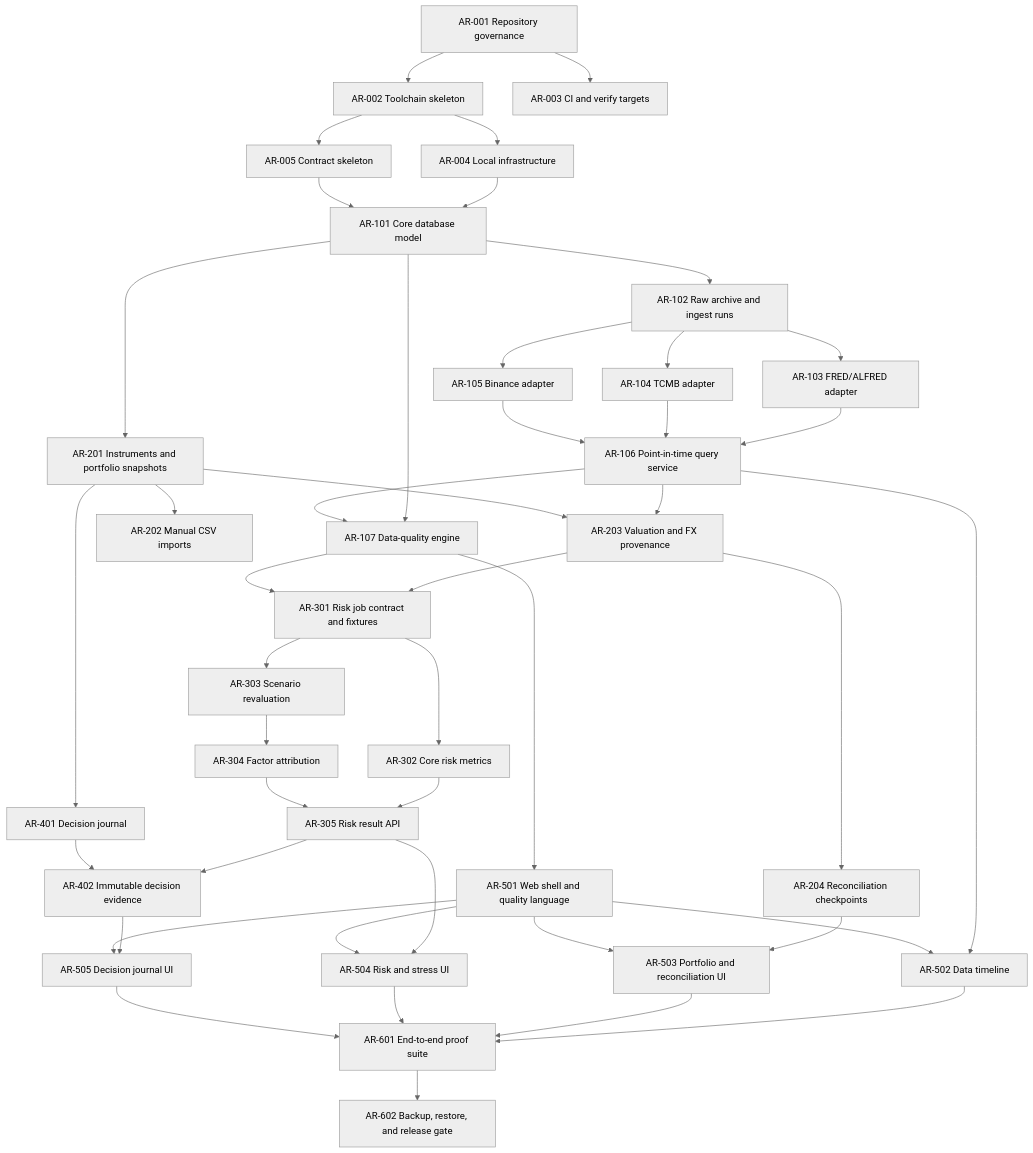
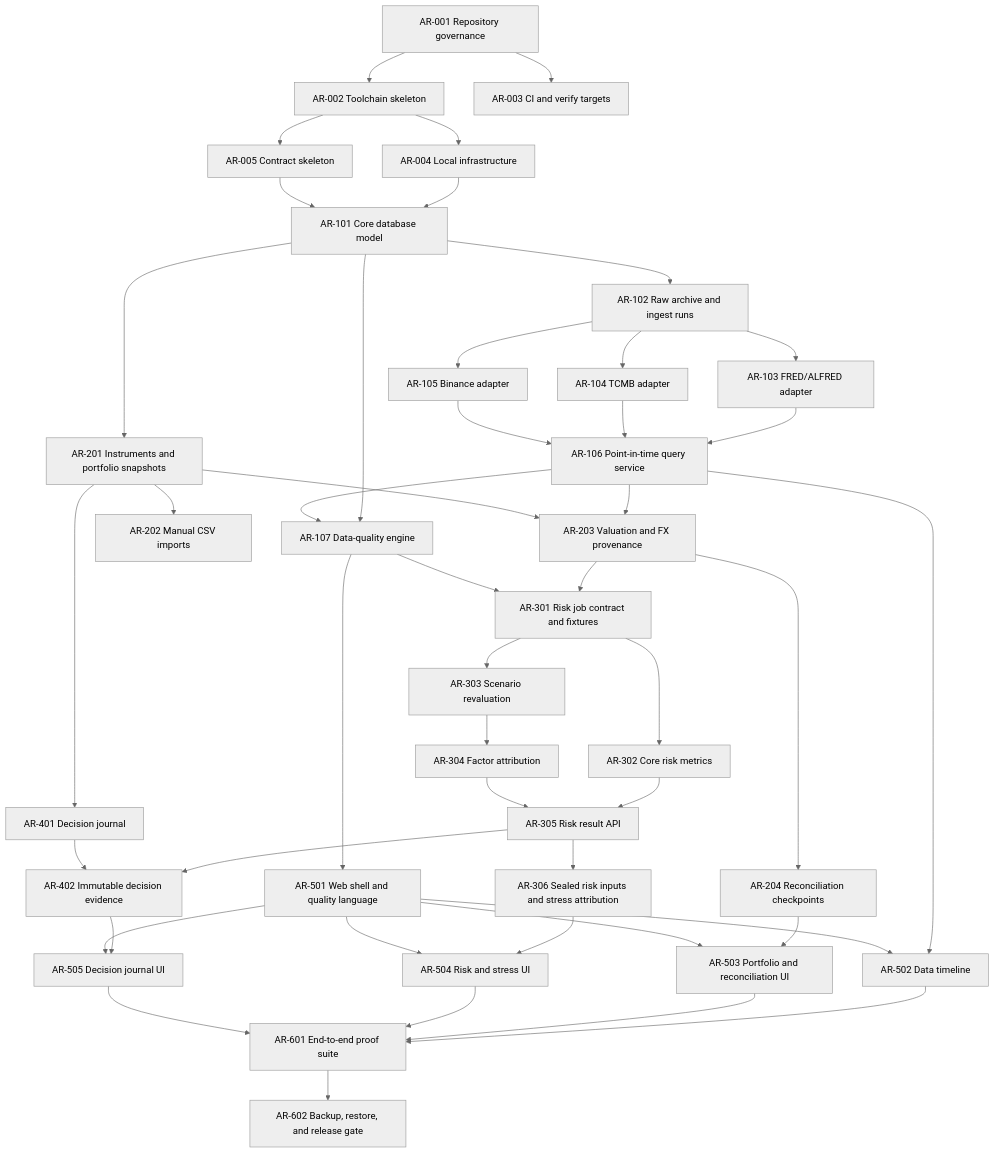
Before and after one commit to oplosy/atrisk: the diagram in docs/plans/MASTER_PLAN.md, drawn with Mermaid (neutral theme). The commit also changed other lines of this file and 25 other files, not shown here.

First line of the commit message:
feat(risk): seal historical metric inputs [AR-306] (#53)

````diff
--- a/docs/plans/MASTER_PLAN.md
+++ b/docs/plans/MASTER_PLAN.md
@@ -14,47 +14,48 @@
 ```mermaid
 flowchart TD
     A001[AR-001 Repository governance] --> A002[AR-002 Toolchain skeleton]
     A001 --> A003[AR-003 CI and verify targets]
     A002 --> A004[AR-004 Local infrastructure]
     A002 --> A005[AR-005 Contract skeleton]
     A004 --> A101[AR-101 Core database model]
     A005 --> A101
     A101 --> A102[AR-102 Raw archive and ingest runs]
     A102 --> A103[AR-103 FRED/ALFRED adapter]
     A102 --> A104[AR-104 TCMB adapter]
     A102 --> A105[AR-105 Binance adapter]
     A103 --> A106[AR-106 Point-in-time query service]
     A104 --> A106
     A105 --> A106
     A101 --> A107[AR-107 Data-quality engine]
     A106 --> A107
     A101 --> A201[AR-201 Instruments and portfolio snapshots]
     A201 --> A202[AR-202 Manual CSV imports]
     A106 --> A203[AR-203 Valuation and FX provenance]
     A201 --> A203
     A203 --> A204[AR-204 Reconciliation checkpoints]
     A203 --> A301[AR-301 Risk job contract and fixtures]
     A107 --> A301
     A301 --> A302[AR-302 Core risk metrics]
     A301 --> A303[AR-303 Scenario revaluation]
     A303 --> A304[AR-304 Factor attribution]
     A302 --> A305[AR-305 Risk result API]
     A304 --> A305
+    A305 --> A306[AR-306 Sealed risk inputs and stress attribution]
     A201 --> A401[AR-401 Decision journal]
     A305 --> A402[AR-402 Immutable decision evidence]
     A401 --> A402
     A107 --> A501[AR-501 Web shell and quality language]
     A106 --> A502[AR-502 Data timeline]
     A501 --> A502
     A204 --> A503[AR-503 Portfolio and reconciliation UI]
     A501 --> A503
-    A305 --> A504[AR-504 Risk and stress UI]
+    A306 --> A504[AR-504 Risk and stress UI]
     A501 --> A504
     A402 --> A505[AR-505 Decision journal UI]
     A501 --> A505
     A502 --> A601[AR-601 End-to-end proof suite]
     A503 --> A601
     A504 --> A601
     A505 --> A601
     A601 --> A602[AR-602 Backup, restore, and release gate]
 ```
````
